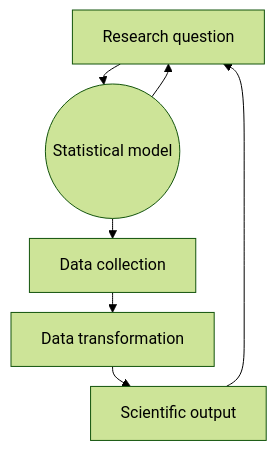
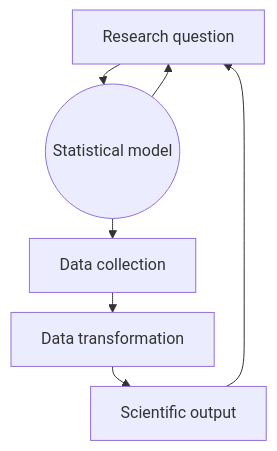
Before and after one commit to rostools/r-cubed-advanced: the second of 4 diagrams in sessions/stats-analyses-basic.qmd, drawn with Mermaid. The commit also changed other lines of this file and 1 other file, not shown here.

Commit message:
don't need these mermaid themes anymore

````diff
--- a/sessions/stats-analyses-basic.qmd
+++ b/sessions/stats-analyses-basic.qmd
@@ -187,16 +187,16 @@
 ```{mermaid fig-model-building-workflow}
 %%| label: fig-model-building-workflow
 %%| fig-cap: Simple schematic of the workflow for conducting statistical analysis.
 %%| echo: false
 %%| eval: true
-%%{init:{'theme':'forest', 'flowchart':{'nodeSpacing': 40, 'rankSpacing': 20}}}%%
+%%{init:{'flowchart':{'nodeSpacing': 40, 'rankSpacing': 20}}}%%
 graph TD
     A[Research question] --> B((Statistical model))
     B --> A
     B --> C[Data collection]
     C --> D[Data transformation]
     D --> E[Scientific output]
     E --> A
     
 linkStyle 0,1,2,3,4,5 stroke-width:1px;
 ```
````
